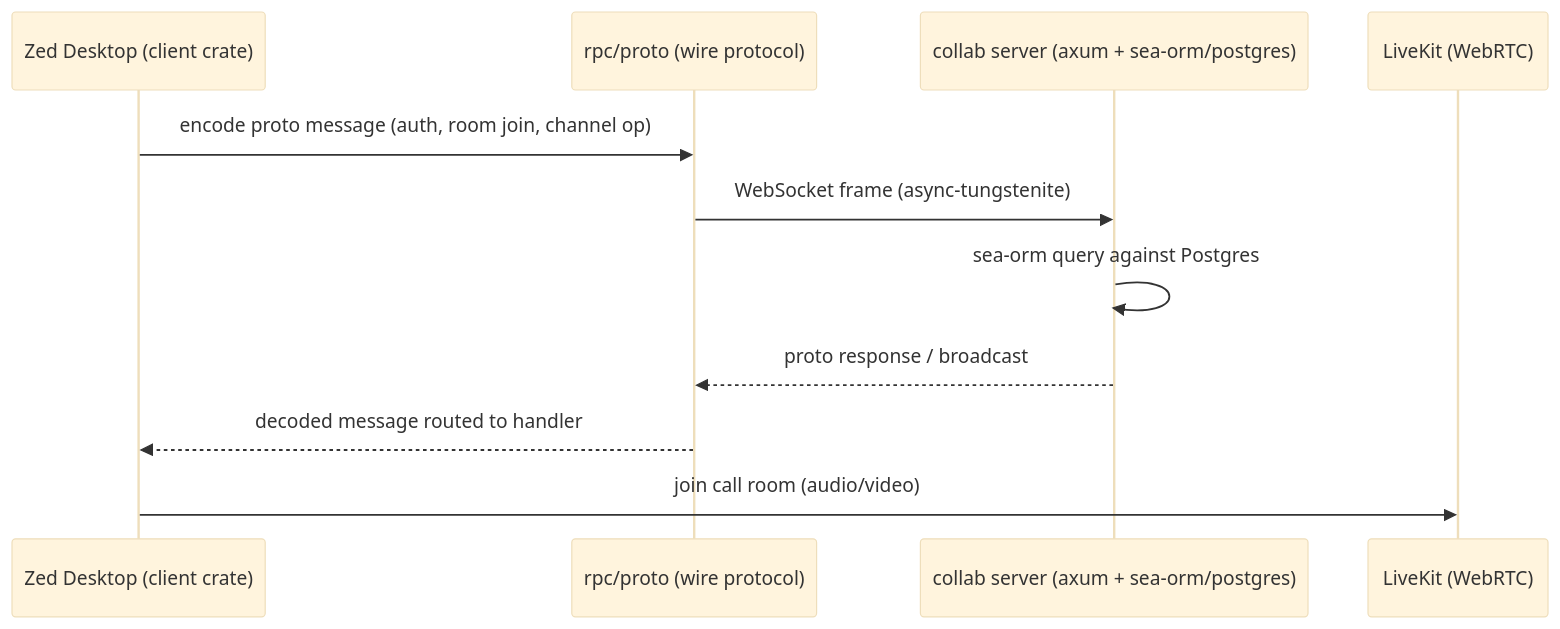
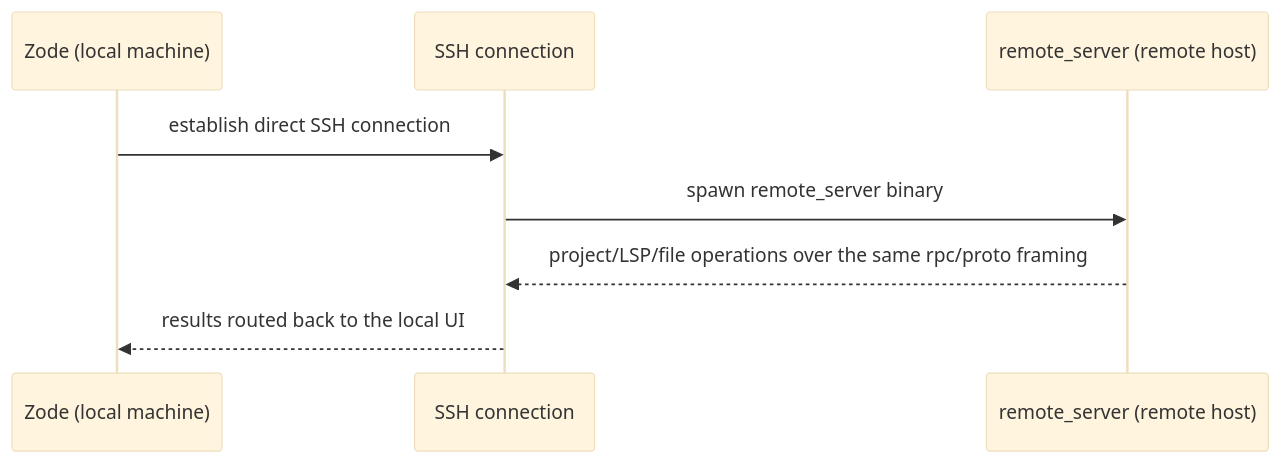
One commit to tgiap04/zode changed the third of 3 diagrams in docs/system/architecture.md. Above: the diagram before and after it, drawn with Mermaid (base theme). The commit also changed other lines of this file and 3 other files, not shown here.

First line of the commit message:
docs(system): rewrite overview, architecture, business-rules, permissions

````diff
--- a/docs/system/architecture.md
+++ b/docs/system/architecture.md
@@ -189,14 +152,11 @@
 ```mermaid
 sequenceDiagram
-    participant Desktop as Zed Desktop (client crate)
-    participant RPC as rpc/proto (wire protocol)
-    participant Collab as collab server (axum + sea-orm/postgres)
-    participant LiveKit as LiveKit (WebRTC)
+    participant Local as Zode (local machine)
+    participant SSH as SSH connection
+    participant Remote as remote_server (remote host)
 
-    Desktop->>RPC: encode proto message (auth, room join, channel op)
-    RPC->>Collab: WebSocket frame (async-tungstenite)
-    Collab->>Collab: sea-orm query against Postgres
-    Collab-->>RPC: proto response / broadcast
-    RPC-->>Desktop: decoded message routed to handler
-    Desktop->>LiveKit: join call room (audio/video)
+    Local->>SSH: establish direct SSH connection
+    SSH->>Remote: spawn remote_server binary
+    Remote-->>SSH: project/LSP/file operations over the same rpc/proto framing
+    SSH-->>Local: results routed back to the local UI
 ```
````
